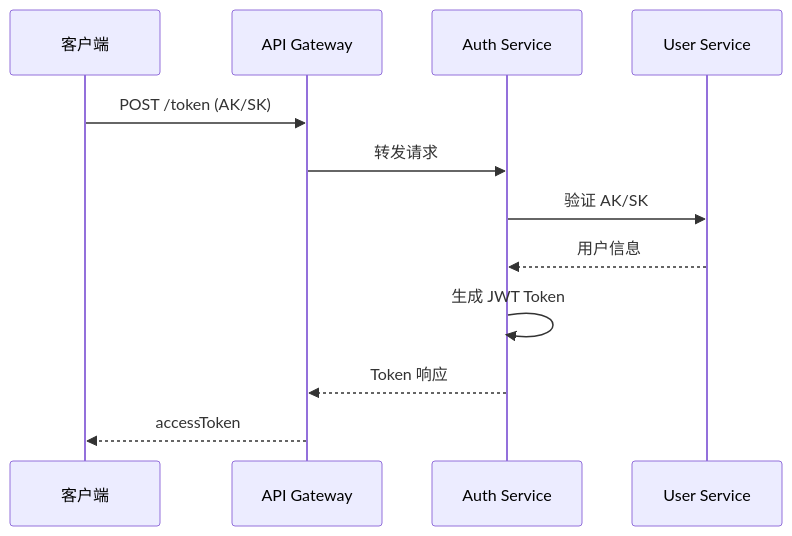
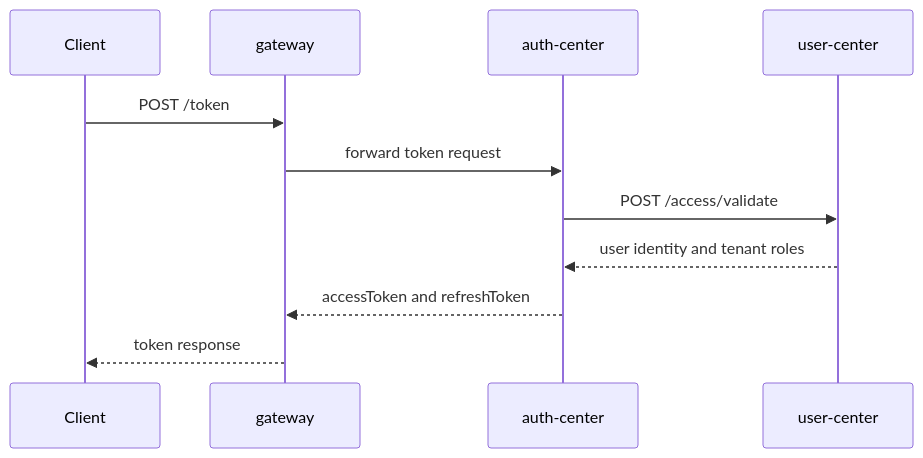
The first of 2 diagrams in README.md (ArchAIHarness/auth-center), drawn with Mermaid before and after one commit. The commit also changed other lines of this file and 4 other files, not shown here.

````diff
--- a/README.md
+++ b/README.md
@@ -74,15 +48,13 @@
 ```mermaid
 sequenceDiagram
-    participant Client as 客户端
-    participant Gateway as API Gateway
-    participant Auth as Auth Service
-    participant User as User Service
-
-    Client->>Gateway: POST /token (AK/SK)
-    Gateway->>Auth: 转发请求
-    Auth->>User: 验证 AK/SK
-    User-->>Auth: 用户信息
-    Auth->>Auth: 生成 JWT Token
-    Auth-->>Gateway: Token 响应
-    Gateway-->>Client: accessToken
+    participant Client as Client
+    participant Gateway as gateway
+    participant Auth as auth-center
+    participant User as user-center
+    Client->>Gateway: POST /token
+    Gateway->>Auth: forward token request
+    Auth->>User: POST /access/validate
+    User-->>Auth: user identity and tenant roles
+    Auth-->>Gateway: accessToken and refreshToken
+    Gateway-->>Client: token response
 ```
````
